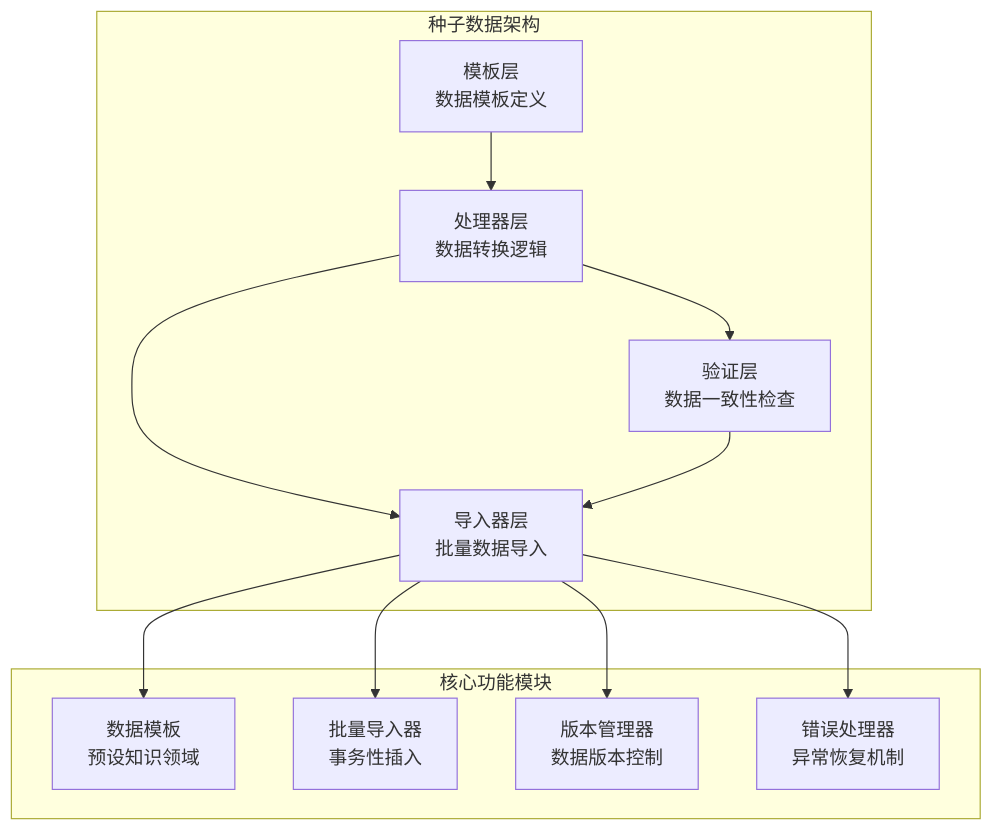
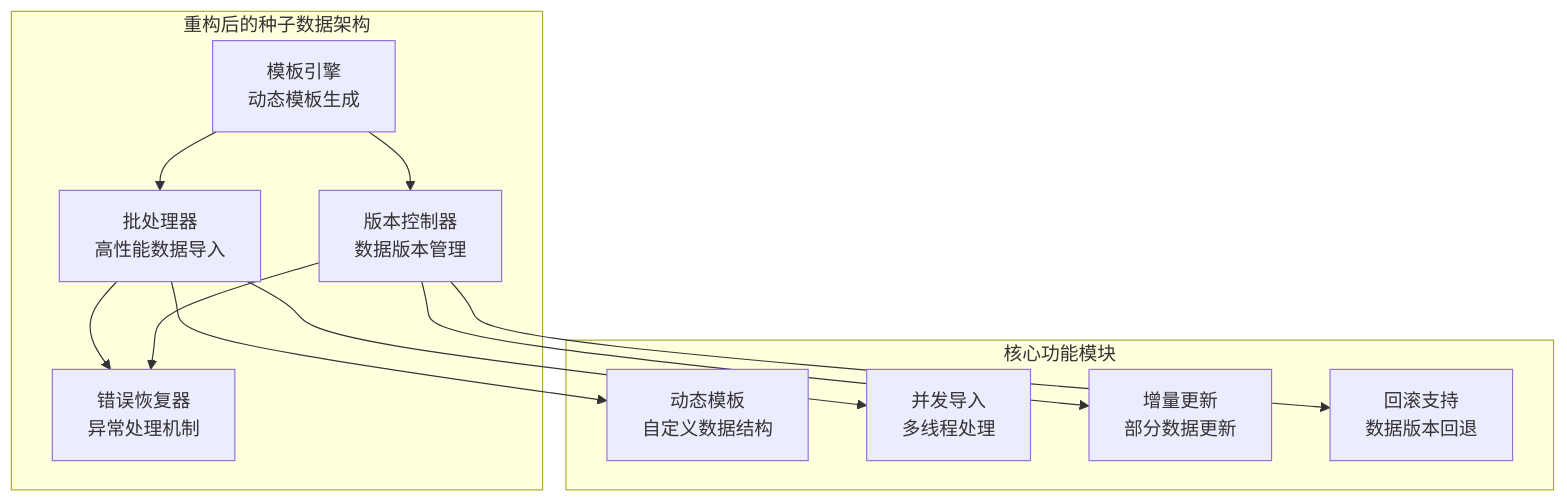
One commit to cwb7756/bio changed the fourth of 5 diagrams in .qoder/repowiki/zh/content/核心功能模块/知识图谱系统/知识图谱系统.md. Above: the diagram before and after it, drawn with Mermaid. The commit also changed other lines of this file and 19 other files, not shown here.

````diff
--- a/.qoder/repowiki/zh/content/核心功能模块/知识图谱系统/知识图谱系统.md
+++ b/.qoder/repowiki/zh/content/核心功能模块/知识图谱系统/知识图谱系统.md
@@ -315,23 +398,23 @@
 ```mermaid
 graph TD
-subgraph "种子数据架构"
-TEMPLATE_LAYER["模板层<br/>数据模板定义"]
-PROCESSOR_LAYER["处理器层<br/>数据转换逻辑"]
-IMPORTER_LAYER["导入器层<br/>批量数据导入"]
-VALIDATION_LAYER["验证层<br/>数据一致性检查"]
-TEMPLATE_LAYER --> PROCESSOR_LAYER
-PROCESSOR_LAYER --> IMPORTER_LAYER
-PROCESSOR_LAYER --> VALIDATION_LAYER
-VALIDATION_LAYER --> IMPORTER_LAYER
+subgraph "重构后的种子数据架构"
+TEMPLATE_ENGINE["模板引擎<br/>动态模板生成"]
+BATCH_PROCESSOR["批处理器<br/>高性能数据导入"]
+VERSION_CONTROLLER["版本控制器<br/>数据版本管理"]
+ERROR_RECOVERY["错误恢复器<br/>异常处理机制"]
+TEMPLATE_ENGINE --> BATCH_PROCESSOR
+TEMPLATE_ENGINE --> VERSION_CONTROLLER
+BATCH_PROCESSOR --> ERROR_RECOVERY
+VERSION_CONTROLLER --> ERROR_RECOVERY
 end
 subgraph "核心功能模块"
-DATA_TEMPLATE["数据模板<br/>预设知识领域"]
-BATCH_IMPORTER["批量导入器<br/>事务性插入"]
-VERSION_MANAGER["版本管理器<br/>数据版本控制"]
-ERROR_HANDLER["错误处理器<br/>异常恢复机制"]
+DYNAMIC_TEMPLATES["动态模板<br/>自定义数据结构"]
+CONCURRENT_IMPORT["并发导入<br/>多线程处理"]
+INCREMENTAL_UPDATE["增量更新<br/>部分数据更新"]
+ROLLBACK_SUPPORT["回滚支持<br/>数据版本回退"]
 end
-IMPORTER_LAYER --> DATA_TEMPLATE
-IMPORTER_LAYER --> BATCH_IMPORTER
-IMPORTER_LAYER --> VERSION_MANAGER
-IMPORTER_LAYER --> ERROR_HANDLER
+BATCH_PROCESSOR --> DYNAMIC_TEMPLATES
+BATCH_PROCESSOR --> CONCURRENT_IMPORT
+VERSION_CONTROLLER --> INCREMENTAL_UPDATE
+VERSION_CONTROLLER --> ROLLBACK_SUPPORT
 ```
````
